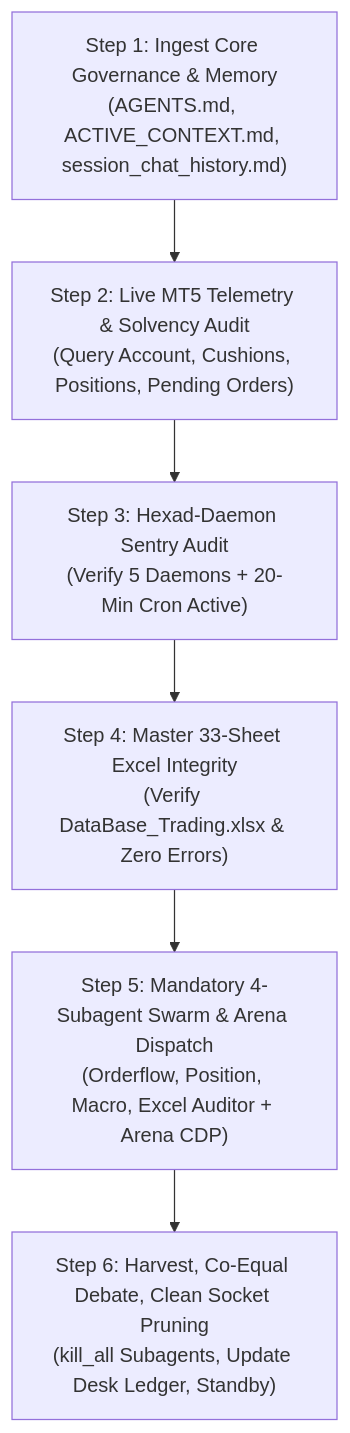
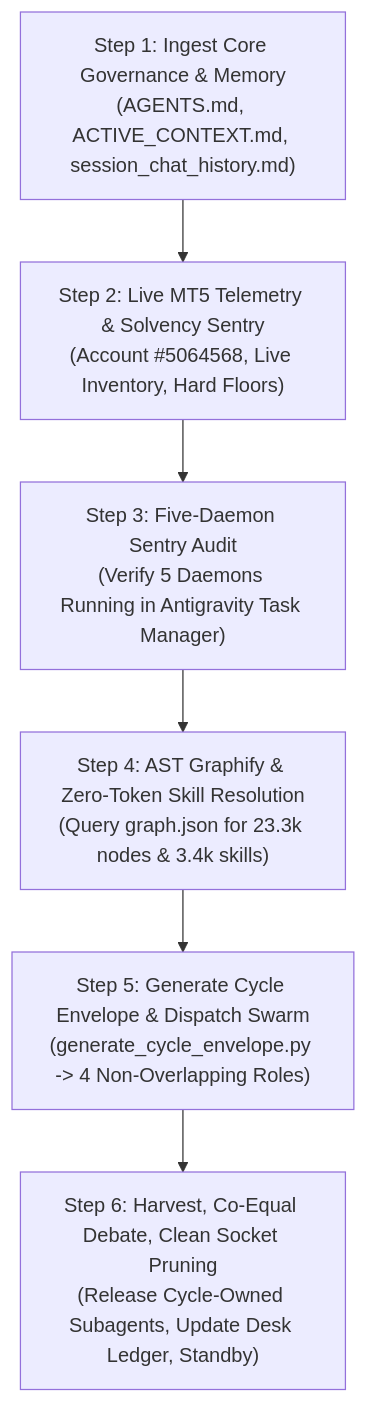
Before and after one commit to kbsingh1399/Trading_2: the diagram in docs/specs/ACCOUNT_SWITCH_BOOTSTRAP_PROTOCOL.md, drawn with Mermaid. The commit also changed other lines of this file and 55 other files, not shown here.

````diff
--- a/docs/specs/ACCOUNT_SWITCH_BOOTSTRAP_PROTOCOL.md
+++ b/docs/specs/ACCOUNT_SWITCH_BOOTSTRAP_PROTOCOL.md
@@ -23,11 +25,11 @@
 ```mermaid
 flowchart TD
     Step1["Step 1: Ingest Core Governance & Memory<br/>(AGENTS.md, ACTIVE_CONTEXT.md, session_chat_history.md)"]
-    Step2["Step 2: Live MT5 Telemetry & Solvency Audit<br/>(Query Account, Cushions, Positions, Pending Orders)"]
-    Step3["Step 3: Hexad-Daemon Sentry Audit<br/>(Verify 5 Daemons + 20-Min Cron Active)"]
-    Step4["Step 4: Master 33-Sheet Excel Integrity<br/>(Verify DataBase_Trading.xlsx & Zero Errors)"]
-    Step5["Step 5: Mandatory 4-Subagent Swarm & Arena Dispatch<br/>(Orderflow, Position, Macro, Excel Auditor + Arena CDP)"]
-    Step6["Step 6: Harvest, Co-Equal Debate, Clean Socket Pruning<br/>(kill_all Subagents, Update Desk Ledger, Standby)"]
+    Step2["Step 2: Live MT5 Telemetry & Solvency Sentry<br/>(Account #5064568, Live Inventory, Hard Floors)"]
+    Step3["Step 3: Five-Daemon Sentry Audit<br/>(Verify 5 Daemons Running in Antigravity Task Manager)"]
+    Step4["Step 4: AST Graphify & Zero-Token Skill Resolution<br/>(Query graph.json for 23.3k nodes & 3.4k skills)"]
+    Step5["Step 5: Generate Cycle Envelope & Dispatch Swarm<br/>(generate_cycle_envelope.py -> 4 Non-Overlapping Roles)"]
+    Step6["Step 6: Harvest, Co-Equal Debate, Clean Socket Pruning<br/>(Release Cycle-Owned Subagents, Update Desk Ledger, Standby)"]
 
     Step1 --> Step2 --> Step3 --> Step4 --> Step5 --> Step6
 ```
````
